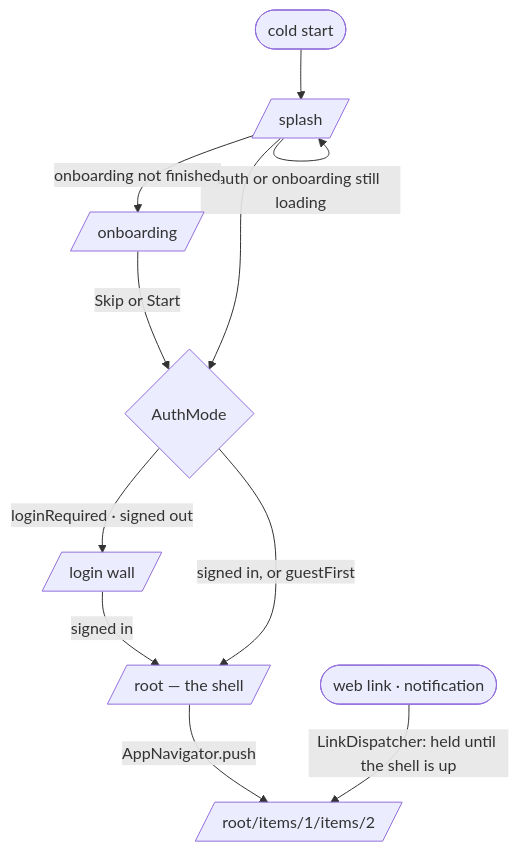
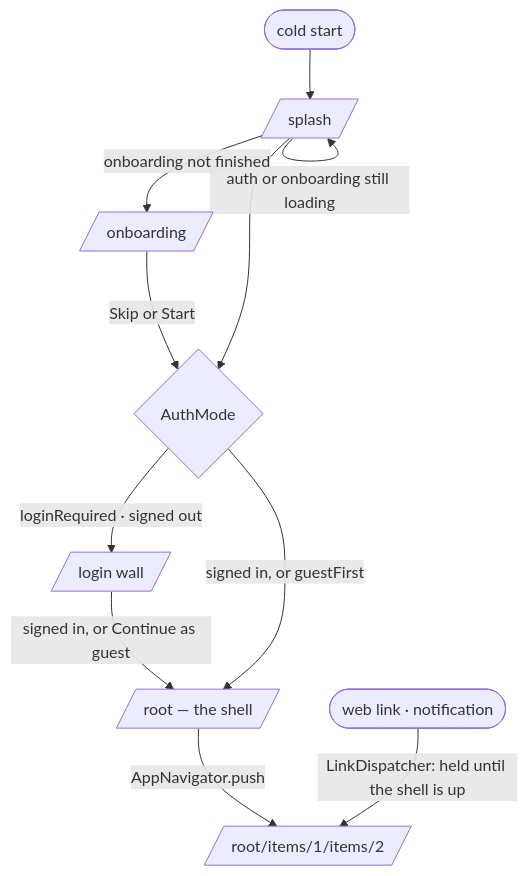
The third of 4 diagrams in README.md (fat7i-alghareeb/flutter_starter_template), drawn with Mermaid before and after one commit. The commit also changed other lines of this file and 4 other files, not shown here.

````diff
--- a/README.md
+++ b/README.md
@@ -141,13 +141,13 @@
 ```mermaid
 flowchart TD
   start([cold start]) --> splash[/splash/]
   splash -->|auth or onboarding still loading| splash
   splash -->|onboarding not finished| onb[/onboarding/]
   onb -->|Skip or Start| mode{AuthMode}
   splash --> mode
   mode -->|loginRequired · signed out| wall[/login wall/]
-  wall -->|signed in| root[/root — the shell/]
+  wall -->|signed in, or Continue as guest| root[/root — the shell/]
   mode -->|signed in, or guestFirst| root
   root -->|AppNavigator.push| page[/root/items/1/items/2/]
   link([web link · notification]) -->|LinkDispatcher: held until the shell is up| page
 ```
````
